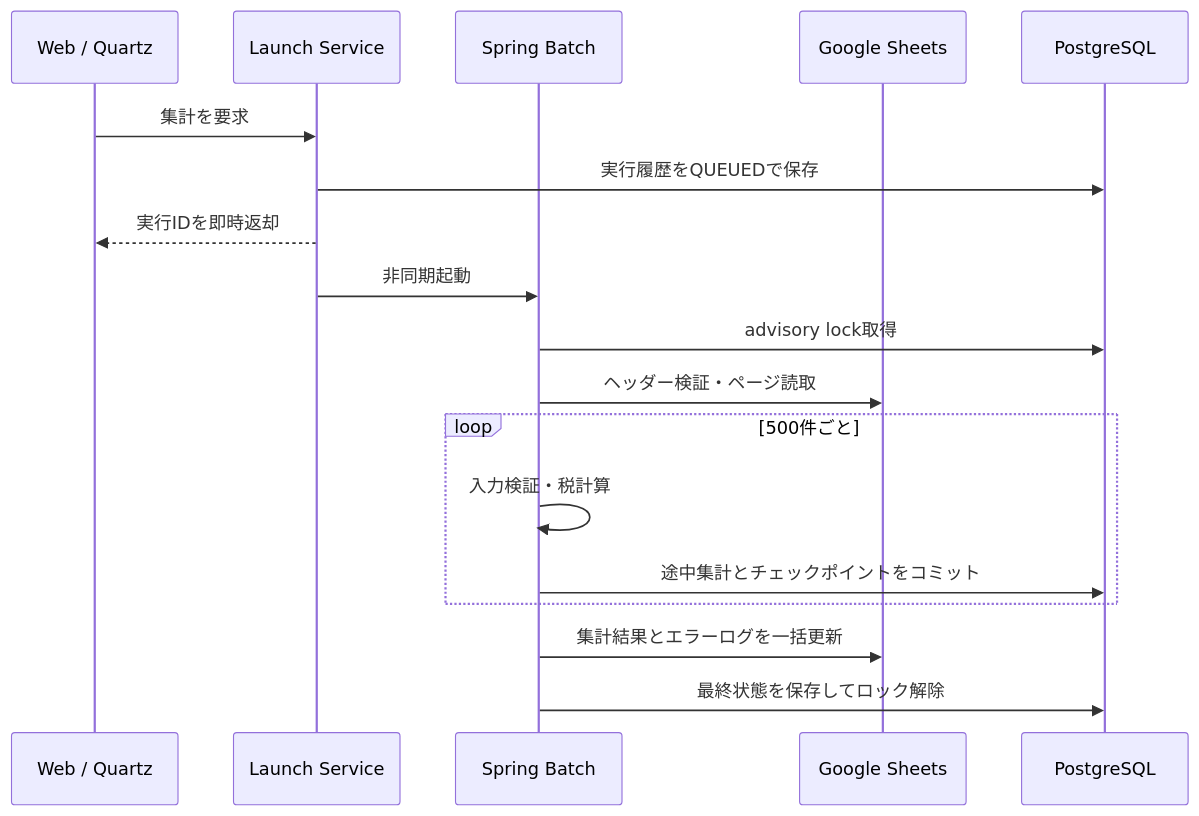
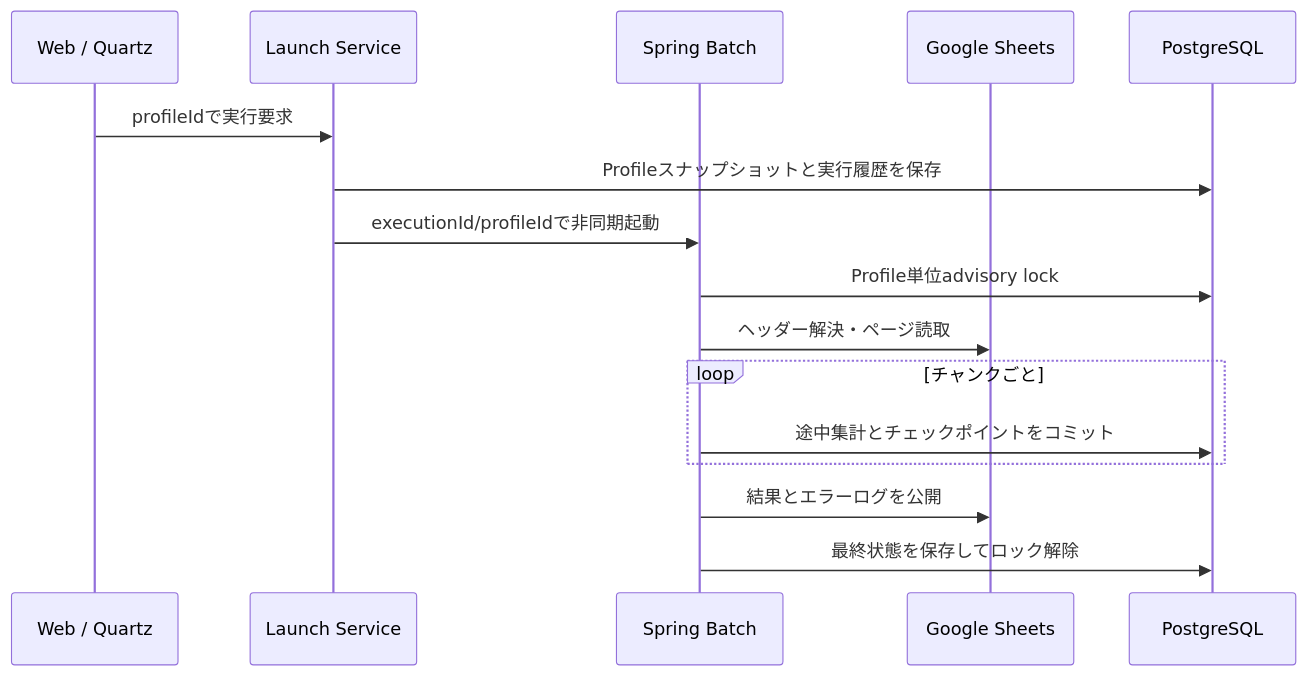
One commit to snpiogw/UriageJidouShukei changed the second of 2 diagrams in README.md. Above: the diagram before and after it, drawn with Mermaid. The commit also changed other lines of this file and 57 other files, not shown here.

````diff
--- a/README.md
+++ b/README.md
@@ -83,21 +77,18 @@
 ```mermaid
 sequenceDiagram
-    participant Q as Web / Quartz
+    participant W as Web / Quartz
     participant L as Launch Service
     participant B as Spring Batch
     participant G as Google Sheets
     participant P as PostgreSQL
-
-    Q->>L: 集計を要求
-    L->>P: 実行履歴をQUEUEDで保存
-    L-->>Q: 実行IDを即時返却
-    L->>B: 非同期起動
-    B->>P: advisory lock取得
-    B->>G: ヘッダー検証・ページ読取
-    loop 500件ごと
-        B->>B: 入力検証・税計算
+    W->>L: profileIdで実行要求
+    L->>P: Profileスナップショットと実行履歴を保存
+    L->>B: executionId/profileIdで非同期起動
+    B->>P: Profile単位advisory lock
+    B->>G: ヘッダー解決・ページ読取
+    loop チャンクごと
         B->>P: 途中集計とチェックポイントをコミット
     end
-    B->>G: 集計結果とエラーログを一括更新
+    B->>G: 結果とエラーログを公開
     B->>P: 最終状態を保存してロック解除
 ```
````
